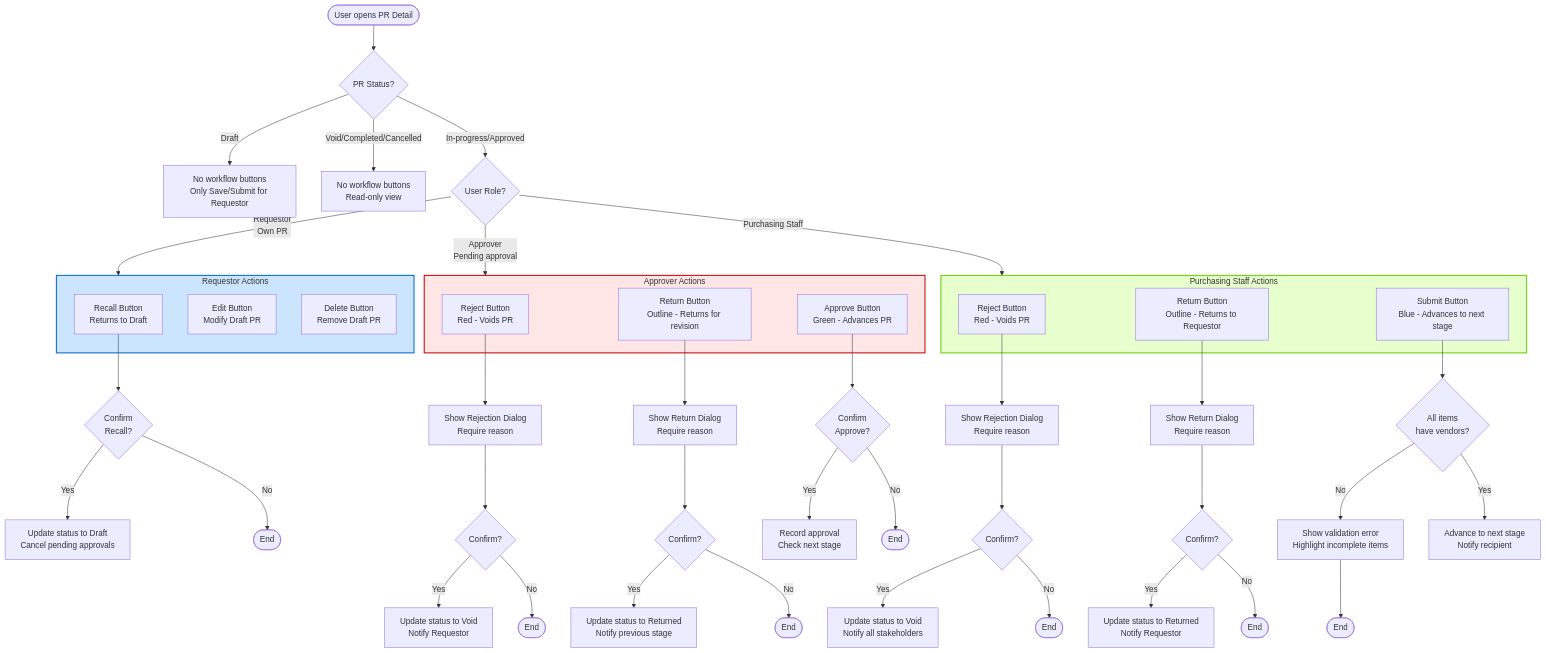
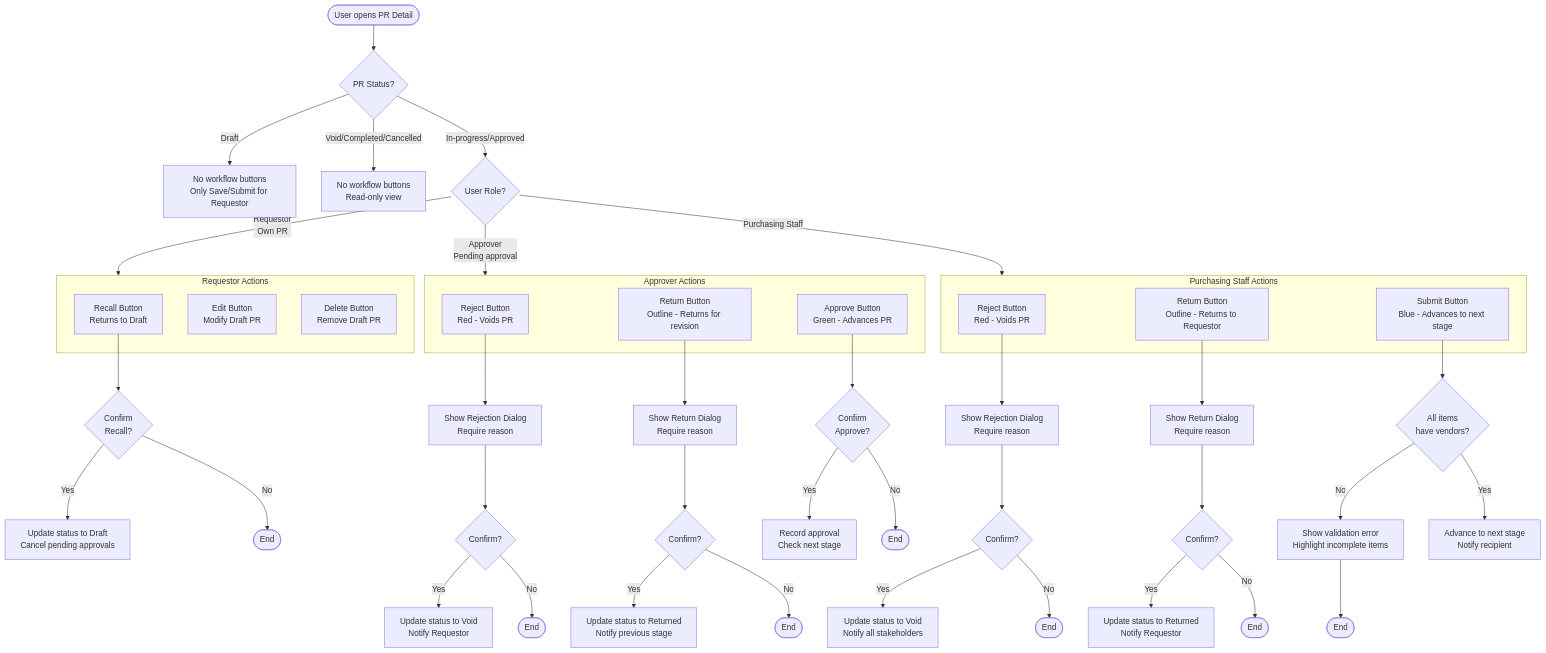
Before and after one commit to PeakMNA/carmen: the ninth of 60 diagrams in docs/app/procurement/purchase-requests/FD-purchase-requests.md, drawn with Mermaid. The commit also changed other lines of this file and 473 other files, not shown here.

````diff
--- a/docs/app/procurement/purchase-requests/FD-purchase-requests.md
+++ b/docs/app/procurement/purchase-requests/FD-purchase-requests.md
@@ -484,73 +501,70 @@
 ```mermaid
 flowchart TD
     Start([User opens PR Detail]) --> CheckStatus{PR Status?}
 
     CheckStatus -->|Draft| NoBtns1[No workflow buttons<br>Only Save/Submit for Requestor]
     CheckStatus -->|Void/Completed/Cancelled| NoBtns2[No workflow buttons<br>Read-only view]
     CheckStatus -->|In-progress/Approved| CheckRole{User Role?}
 
     subgraph RequestorActions[Requestor Actions]
         RA1[Recall Button<br>Returns to Draft]
         RA2[Edit Button<br>Modify Draft PR]
         RA3[Delete Button<br>Remove Draft PR]
     end
 
     subgraph ApproverActions[Approver Actions]
         AA1[Reject Button<br>Red - Voids PR]
         AA2[Return Button<br>Outline - Returns for revision]
         AA3[Approve Button<br>Green - Advances PR]
     end
 
     subgraph PurchasingActions[Purchasing Staff Actions]
         PA1[Reject Button<br>Red - Voids PR]
         PA2[Return Button<br>Outline - Returns to Requestor]
         PA3[Submit Button<br>Blue - Advances to next stage]
     end
 
     CheckRole -->|Requestor<br>Own PR| RequestorActions
     CheckRole -->|Approver<br>Pending approval| ApproverActions
     CheckRole -->|Purchasing Staff| PurchasingActions
 
     %% Requestor flows
     RA1 --> ConfirmRecall{Confirm<br>Recall?}
     ConfirmRecall -->|Yes| RecallPR[Update status to Draft<br>Cancel pending approvals]
     ConfirmRecall -->|No| End1([End])
 
     %% Approver flows
     AA1 --> RejectDialog[Show Rejection Dialog<br>Require reason]
     AA2 --> ReturnDialog[Show Return Dialog<br>Require reason]
     AA3 --> ApproveConfirm{Confirm<br>Approve?}
 
     RejectDialog --> ConfirmReject{Confirm?}
     ConfirmReject -->|Yes| RejectPR[Update status to Void<br>Notify Requestor]
     ConfirmReject -->|No| End2([End])
 
     ReturnDialog --> ConfirmReturn{Confirm?}
     ConfirmReturn -->|Yes| ReturnPR[Update status to Returned<br>Notify previous stage]
     ConfirmReturn -->|No| End3([End])
 
     ApproveConfirm -->|Yes| ApprovePR[Record approval<br>Check next stage]
     ApproveConfirm -->|No| End4([End])
 
     %% Purchasing flows
     PA1 --> RejectDialog2[Show Rejection Dialog<br>Require reason]
     PA2 --> ReturnDialog2[Show Return Dialog<br>Require reason]
     PA3 --> ValidateSubmit{All items<br>have vendors?}
 
     RejectDialog2 --> ConfirmReject2{Confirm?}
     ConfirmReject2 -->|Yes| RejectPR2[Update status to Void<br>Notify all stakeholders]
     ConfirmReject2 -->|No| End5([End])
 
     ReturnDialog2 --> ConfirmReturn2{Confirm?}
     ConfirmReturn2 -->|Yes| ReturnPR2[Update status to Returned<br>Notify Requestor]
     ConfirmReturn2 -->|No| End6([End])
 
     ValidateSubmit -->|No| ShowValidationError[Show validation error<br>Highlight incomplete items]
     ShowValidationError --> End7([End])
 
     ValidateSubmit -->|Yes| SubmitPR[Advance to next stage<br>Notify recipient]
 
-    style RequestorActions fill:#cce5ff,stroke:#0066cc,stroke-width:2px
-    style ApproverActions fill:#ffe6e6,stroke:#cc0000,stroke-width:2px
-    style PurchasingActions fill:#e6ffcc,stroke:#66cc00,stroke-width:2px
 ```
````
